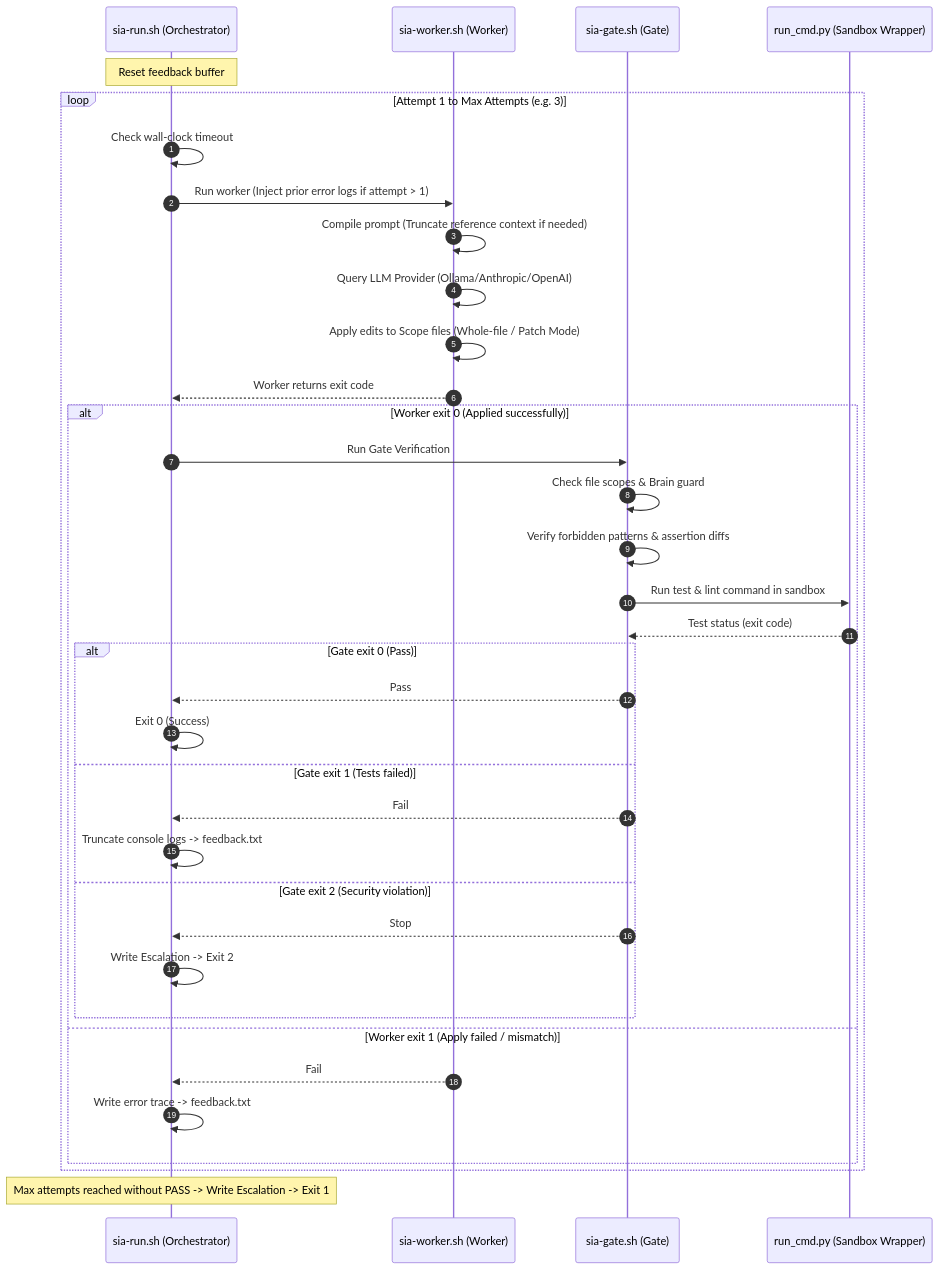
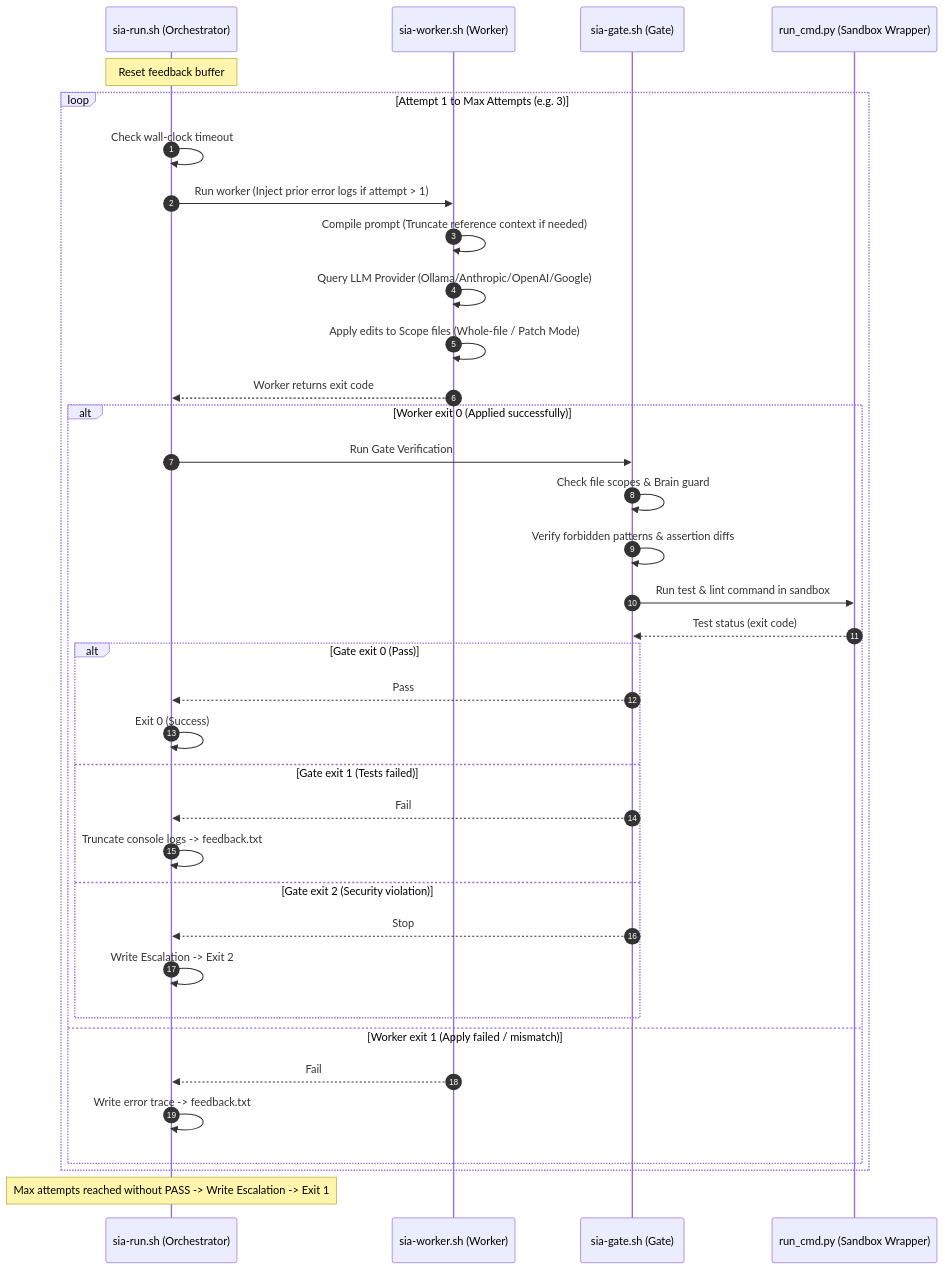
Before and after one commit to AdamKukiela/sia-framework: the diagram in docs/ARCHITECTURE.md, drawn with Mermaid. The commit also changed 2 other files, not shown here.

Commit message:
docs: sync README, AGENTS.md, and ARCHITECTURE.md with Google Gemini API provider changes

````diff
--- a/docs/ARCHITECTURE.md
+++ b/docs/ARCHITECTURE.md
@@ -39,39 +39,39 @@
 ```mermaid
 sequenceDiagram
     autonumber
     participant R as sia-run.sh (Orchestrator)
     participant W as sia-worker.sh (Worker)
     participant G as sia-gate.sh (Gate)
     participant C as run_cmd.py (Sandbox Wrapper)
 
     Note over R: Reset feedback buffer
     loop Attempt 1 to Max Attempts (e.g. 3)
         R->>R: Check wall-clock timeout
         R->>W: Run worker (Inject prior error logs if attempt > 1)
         W->>W: Compile prompt (Truncate reference context if needed)
-        W->>W: Query LLM Provider (Ollama/Anthropic/OpenAI)
+        W->>W: Query LLM Provider (Ollama/Anthropic/OpenAI/Google)
         W->>W: Apply edits to Scope files (Whole-file / Patch Mode)
         W-->>R: Worker returns exit code
         alt Worker exit 0 (Applied successfully)
             R->>G: Run Gate Verification
             G->>G: Check file scopes & Brain guard
             G->>G: Verify forbidden patterns & assertion diffs
             G->>C: Run test & lint command in sandbox
             C-->>G: Test status (exit code)
             alt Gate exit 0 (Pass)
                 G-->>R: Pass
                 R->>R: Exit 0 (Success)
             else Gate exit 1 (Tests failed)
                 G-->>R: Fail
                 R->>R: Truncate console logs -> feedback.txt
             else Gate exit 2 (Security violation)
                 G-->>R: Stop
                 R->>R: Write Escalation -> Exit 2
             end
         else Worker exit 1 (Apply failed / mismatch)
             W-->>R: Fail
             R->>R: Write error trace -> feedback.txt
         end
     end
     Note over R: Max attempts reached without PASS -> Write Escalation -> Exit 1
 ```
````
